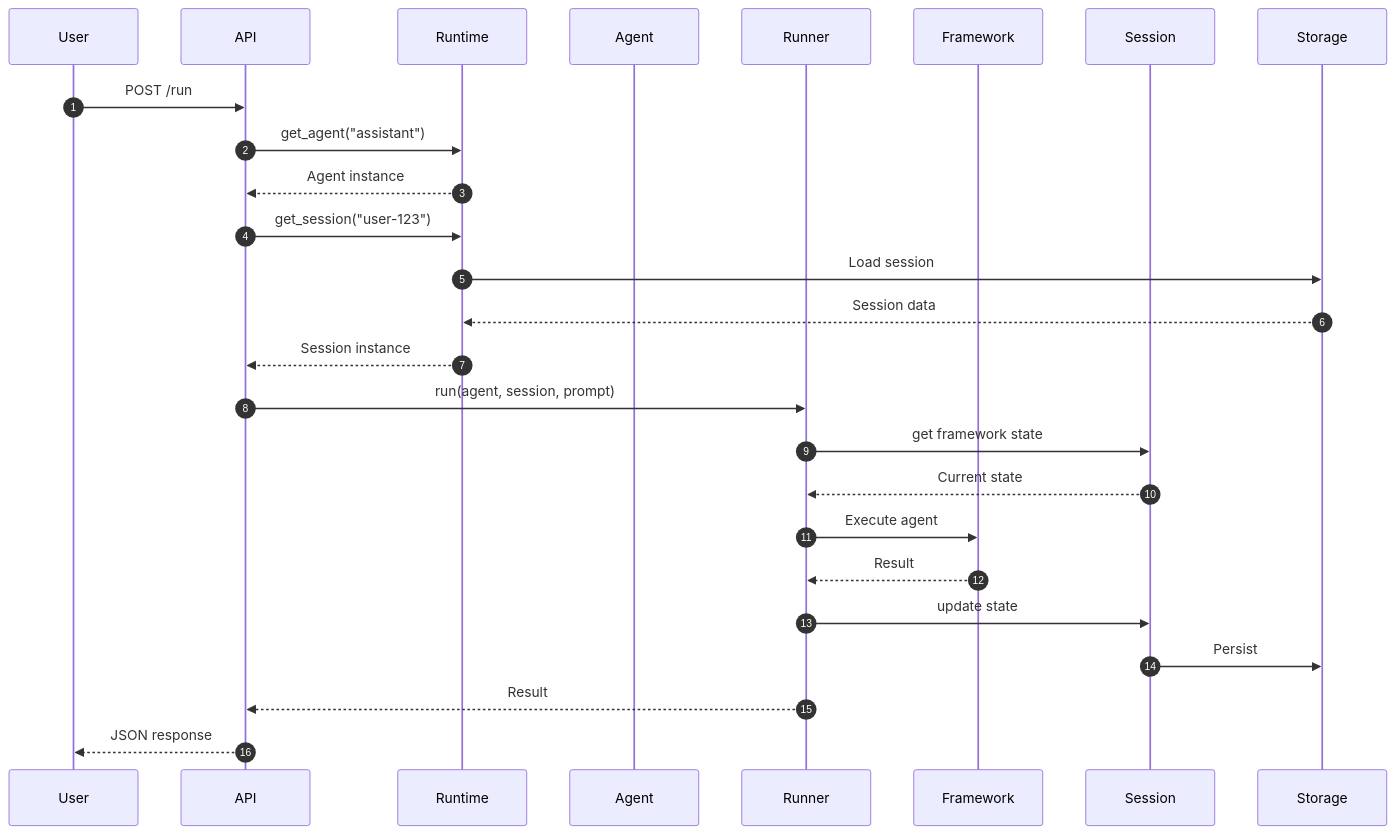
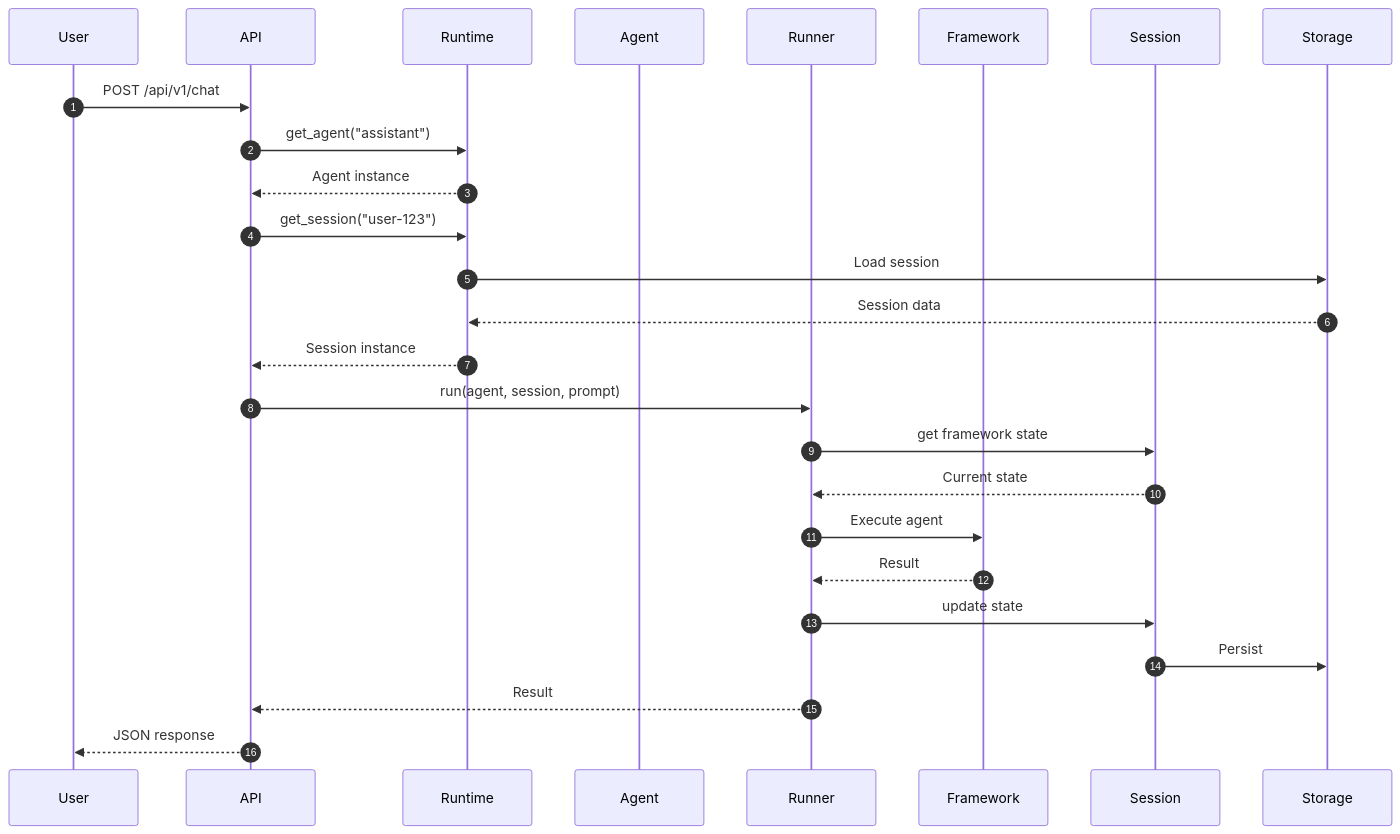
One commit to yaalalabs/agent-kernel changed the second of 2 diagrams in docs/docs/architecture/execution-flow.md. Above: the diagram before and after it, drawn with Mermaid. The commit also changed other lines of this file and 18 other files, not shown here.

Commit message:
/run to /api/v1/chat conversion in all places

````diff
--- a/docs/docs/architecture/execution-flow.md
+++ b/docs/docs/architecture/execution-flow.md
@@ -68,29 +68,29 @@
 ```mermaid
 sequenceDiagram
     autonumber
     participant User
     participant API
     participant Runtime
     participant Agent
     participant Runner
     participant Framework
     participant Session
     participant Storage
     
-    User->>API: POST /run
+    User->>API: POST /api/v1/chat
     API->>Runtime: get_agent("assistant")
     Runtime-->>API: Agent instance
     API->>Runtime: get_session("user-123")
     Runtime->>Storage: Load session
     Storage-->>Runtime: Session data
     Runtime-->>API: Session instance
     API->>Runner: run(agent, session, prompt)
     Runner->>Session: get framework state
     Session-->>Runner: Current state
     Runner->>Framework: Execute agent
     Framework-->>Runner: Result
     Runner->>Session: update state
     Session->>Storage: Persist
     Runner-->>API: Result
     API-->>User: JSON response
 ```
````
